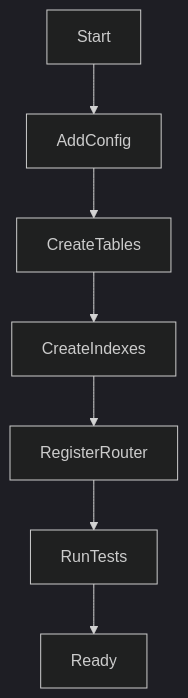
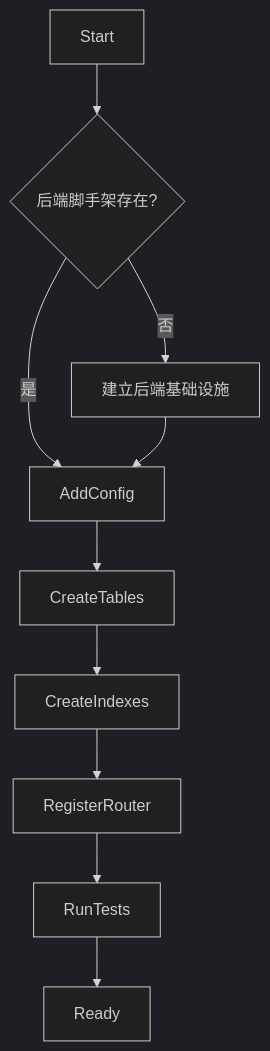
The fifth of 5 diagrams in .kiro/specs/cbr-retrieval-recommendation/design.md (aierdong/a3-cbr), drawn with Mermaid (dark theme) before and after one commit. The commit also changed other lines of this file and 41 other files, not shown here.

````diff
--- a/.kiro/specs/cbr-retrieval-recommendation/design.md
+++ b/.kiro/specs/cbr-retrieval-recommendation/design.md
@@ -682,9 +1491,12 @@
 ```mermaid
 flowchart TD
-    Start[Start] --> AddConfig[AddConfig]
+    Start[Start] --> CheckBackend{后端脚手架存在?}
+    CheckBackend -->|否| SetupBackend[建立后端基础设施]
+    CheckBackend -->|是| AddConfig[AddConfig]
+    SetupBackend --> AddConfig
     AddConfig --> CreateTables[CreateTables]
     CreateTables --> CreateIndexes[CreateIndexes]
     CreateIndexes --> RegisterRouter[RegisterRouter]
     RegisterRouter --> RunTests[RunTests]
     RunTests --> Ready[Ready]
 ```
````
